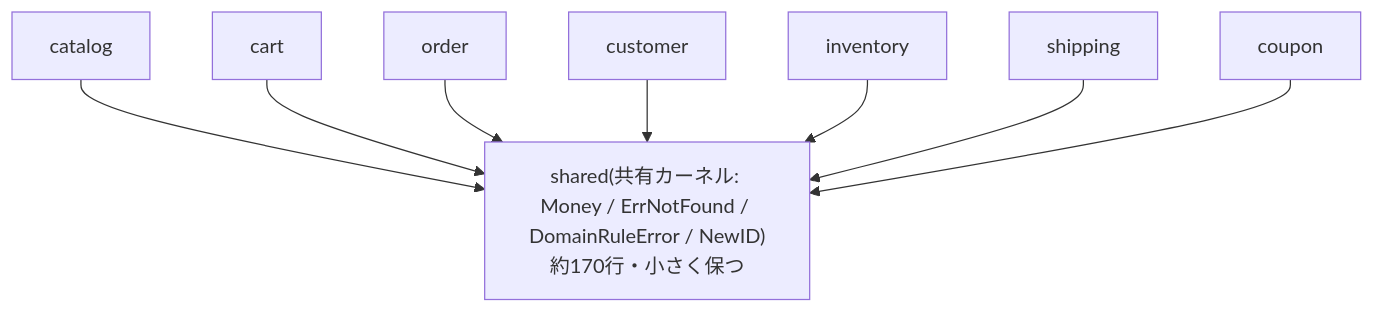
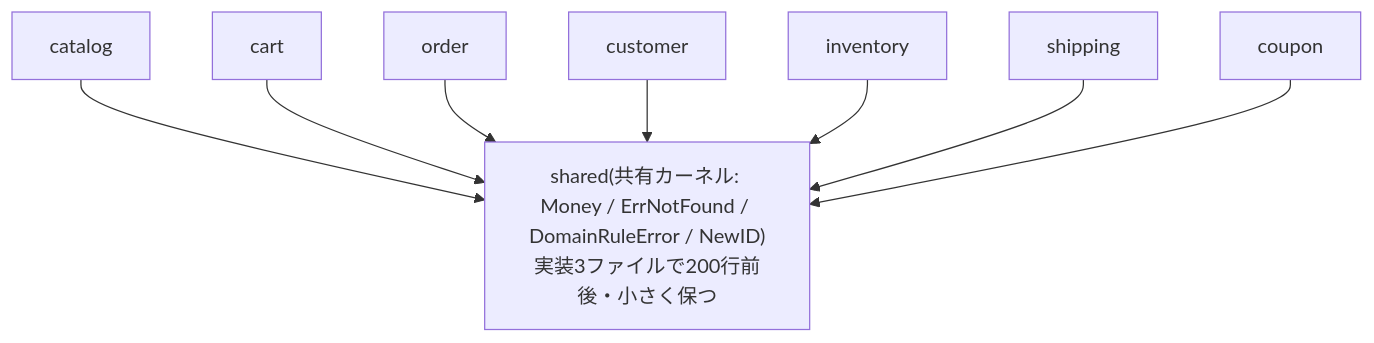
The diagram in docs/ddd/shared-kernel.md (almondoo/golang-ddd-sample), drawn with Mermaid before and after one commit. The commit also changed other lines of this file and 31 other files, not shown here.

````diff
--- a/docs/ddd/shared-kernel.md
+++ b/docs/ddd/shared-kernel.md
@@ -13,11 +13,11 @@
 ```mermaid
 flowchart TB
-    Shared["shared(共有カーネル: Money / ErrNotFound / DomainRuleError / NewID)<br>約170行・小さく保つ"]
+    Shared["shared(共有カーネル: Money / ErrNotFound / DomainRuleError / NewID)<br>実装3ファイルで200行前後・小さく保つ"]
     Catalog["catalog"] --> Shared
     Cart["cart"] --> Shared
     Order["order"] --> Shared
     Customer["customer"] --> Shared
     Inventory["inventory"] --> Shared
     Shipping["shipping"] --> Shared
     Coupon["coupon"] --> Shared
 ```
````
